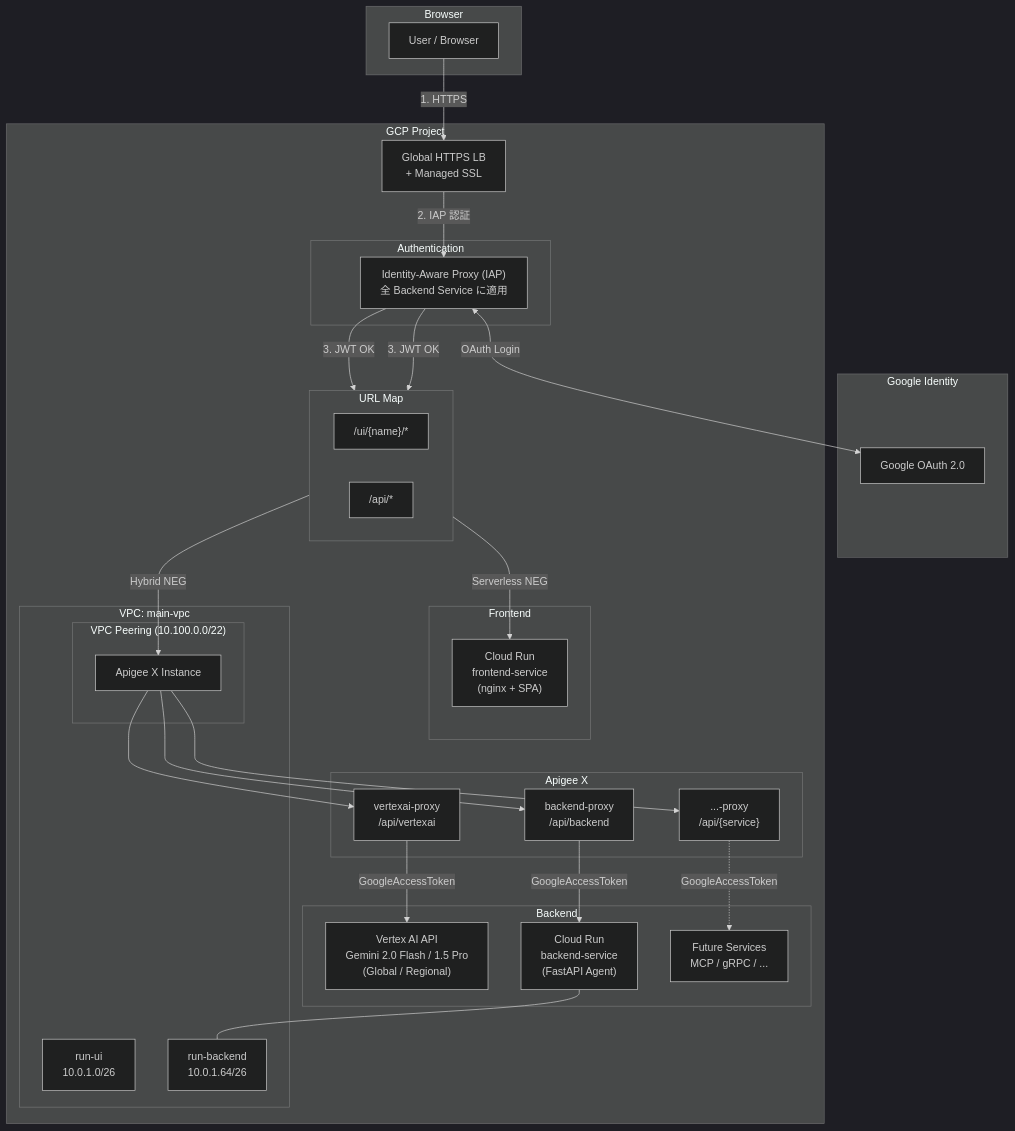
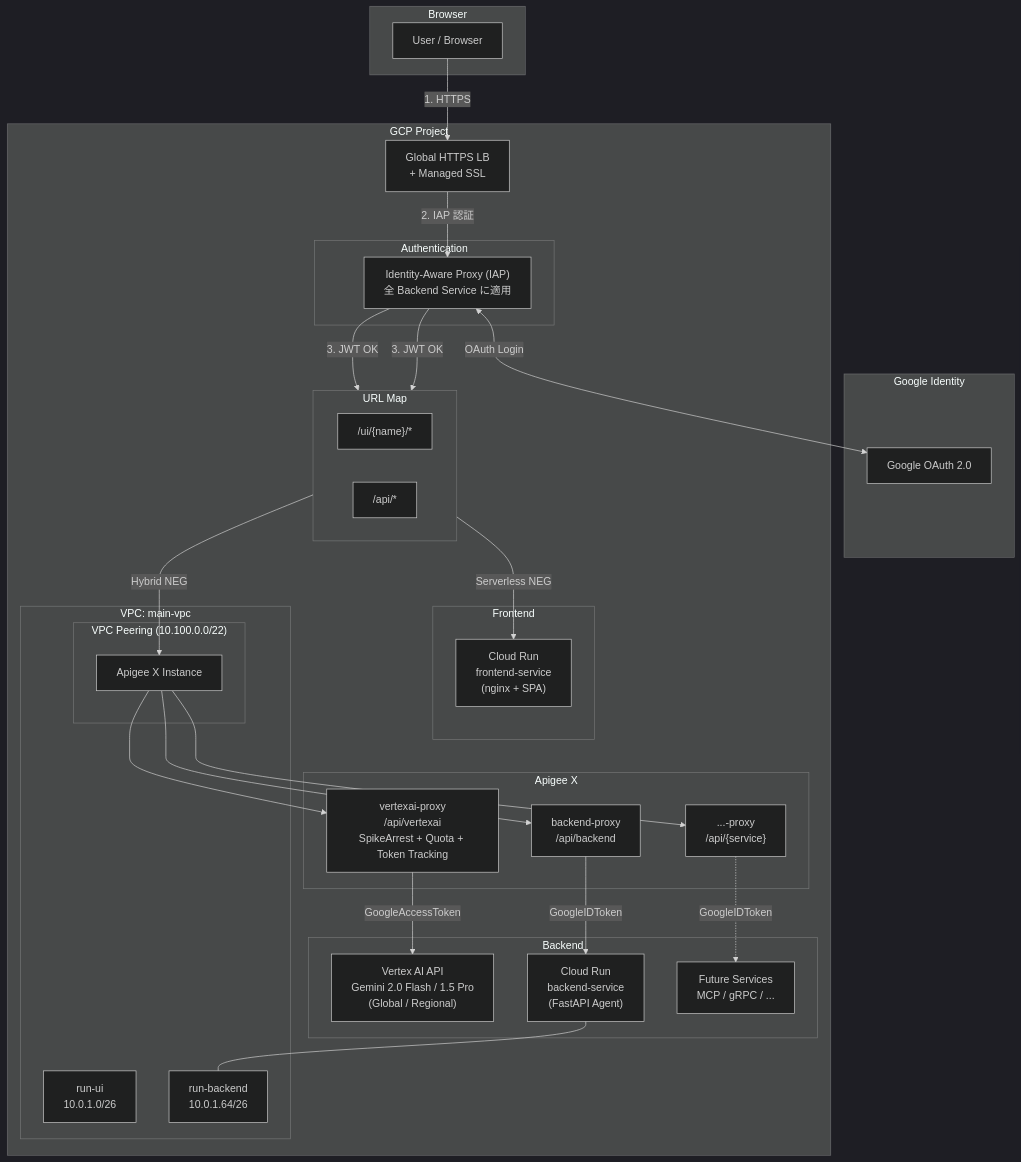
Before and after one commit to linzhengen/apigee-labs: the first of 4 diagrams in README.md, drawn with Mermaid (dark theme). The commit also changed other lines of this file and 1 other file, not shown here.

Commit message:
chore(doc): update architecture

````diff
--- a/README.md
+++ b/README.md
@@ -41,61 +46,61 @@
 ```mermaid
 graph TB
   subgraph Browser
     U[User / Browser]
   end
 
   subgraph Google["Google Identity"]
     GAUTH["Google OAuth 2.0"]
   end
 
   subgraph GCP["GCP Project"]
     LB["Global HTTPS LB<br/>+ Managed SSL"]
 
     subgraph Auth["Authentication"]
       IAP["Identity-Aware Proxy (IAP)<br/>全 Backend Service に適用"]
     end
 
     subgraph URLMap["URL Map"]
       direction LR
       R_UI["/ui/{name}/*"]
       R_API["/api/*"]
     end
 
     subgraph Frontends["Frontend"]
       CR_FE["Cloud Run<br/>frontend-service<br/>(nginx + SPA)"]
     end
 
     subgraph ApigeeX["Apigee X"]
-      VP["vertexai-proxy<br/>/api/vertexai"]
+      VP["vertexai-proxy<br/>/api/vertexai<br/>SpikeArrest + Quota + Token Tracking"]
       BP["backend-proxy<br/>/api/backend"]
       SP["...-proxy<br/>/api/{service}"]
     end
 
     subgraph Backends["Backend"]
       VAI["Vertex AI API<br/>Gemini 2.0 Flash / 1.5 Pro<br/>(Global / Regional)"]
       CR_BE["Cloud Run<br/>backend-service<br/>(FastAPI Agent)"]
       Future["Future Services<br/>MCP / gRPC / ..."]
     end
 
     subgraph VPC["VPC: main-vpc"]
       SUB_UI["run-ui<br/>10.0.1.0/26"]
       SUB_BE["run-backend<br/>10.0.1.64/26"]
       subgraph Peering["VPC Peering (10.100.0.0/22)"]
         AI["Apigee X Instance"]
       end
     end
   end
 
   U -->|"1. HTTPS"| LB
   LB -->|"2. IAP 認証"| IAP
   IAP <-->|"OAuth Login"| GAUTH
   IAP -->|"3. JWT OK"| R_UI & R_API
 
   R_UI -->|Serverless NEG| CR_FE
   R_API -->|Hybrid NEG| AI
   AI --> VP & BP & SP
   VP -->|GoogleAccessToken| VAI
-  BP -->|GoogleAccessToken| CR_BE
-  SP -.->|GoogleAccessToken| Future
+  BP -->|GoogleIDToken| CR_BE
+  SP -.->|GoogleIDToken| Future
   CR_BE --- SUB_BE
 ```
````
